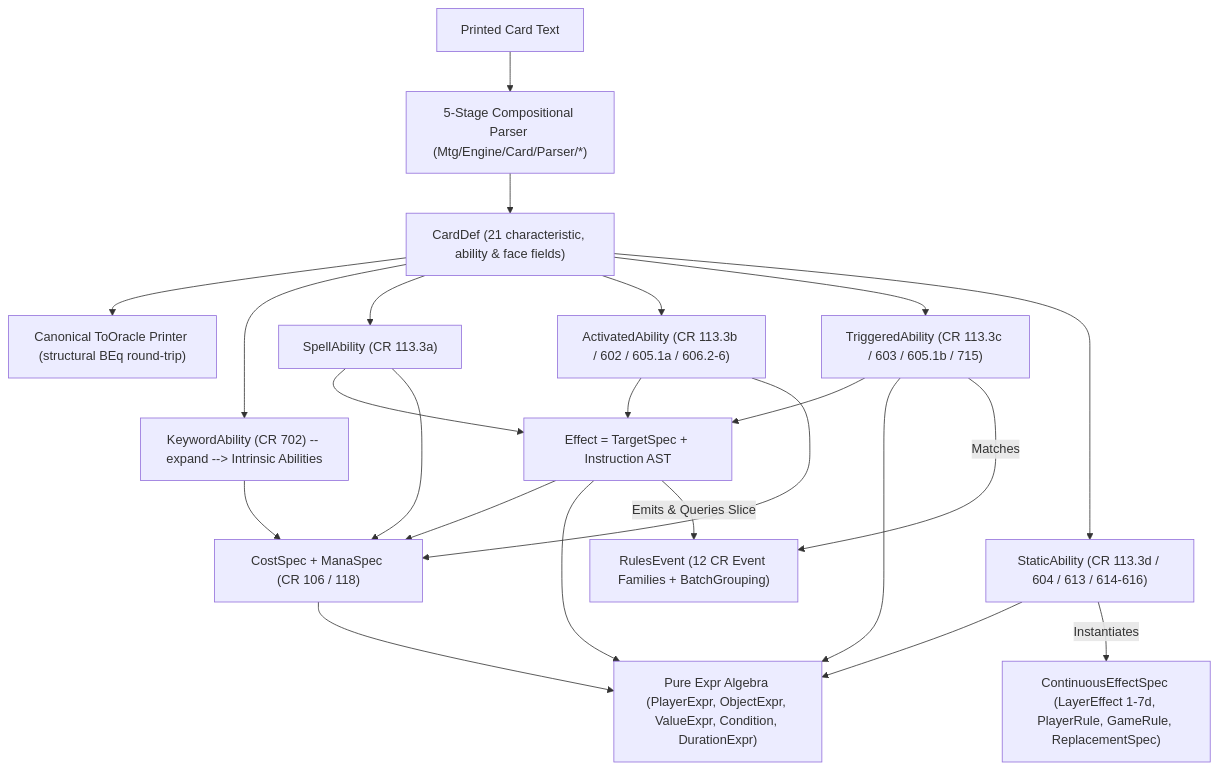
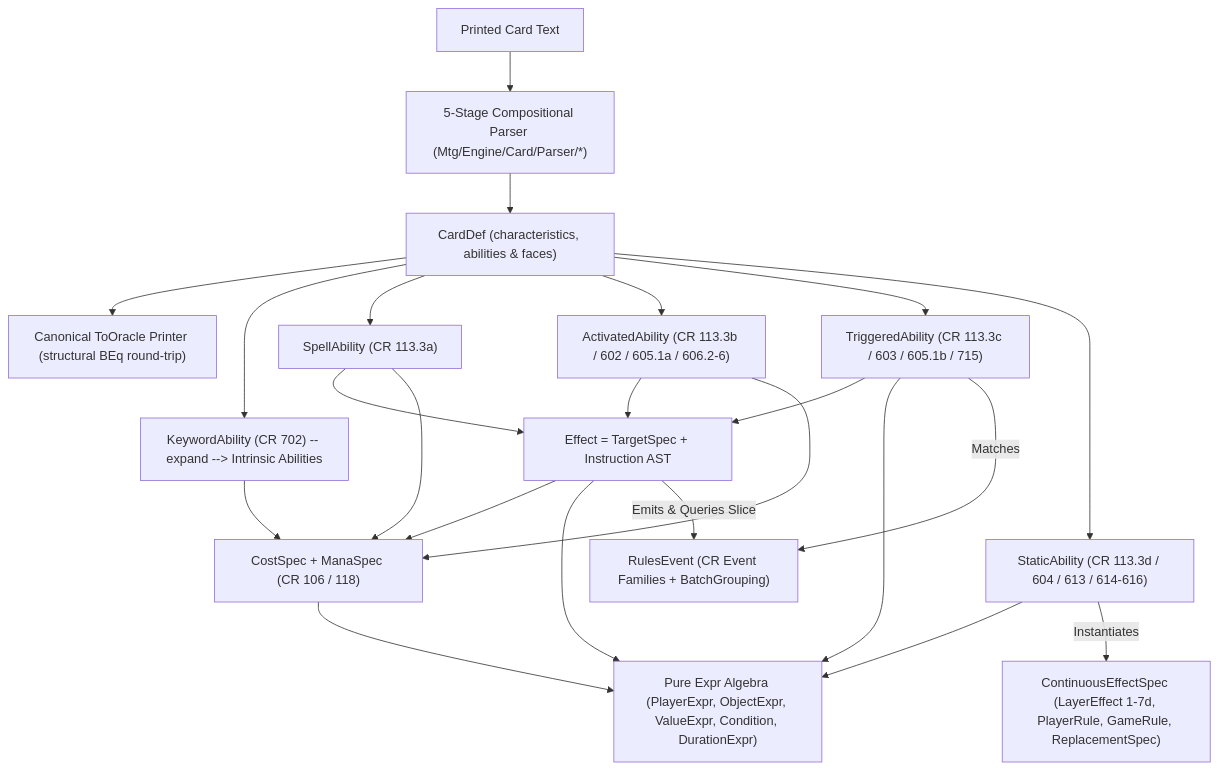
Before and after one commit to IharBury/mtg: the diagram in docs/architecture.md, drawn with Mermaid. The commit also changed other lines of this file and 5 other files, not shown here.

````diff
--- a/docs/architecture.md
+++ b/docs/architecture.md
@@ -18,17 +18,17 @@
 ```mermaid
 flowchart TD
     Oracle["Printed Card Text"] --> Parser["5-Stage Compositional Parser (Mtg/Engine/Card/Parser/*)"]
-    Parser --> CardDef["CardDef (21 characteristic, ability & face fields)"]
+    Parser --> CardDef["CardDef (characteristics, abilities & faces)"]
     CardDef --> ToOracle["Canonical ToOracle Printer (structural BEq round-trip)"]
     CardDef --> KW["KeywordAbility (CR 702) -- expand --> Intrinsic Abilities"]
     CardDef --> SA["SpellAbility (CR 113.3a)"]
     CardDef --> AA["ActivatedAbility (CR 113.3b / 602 / 605.1a / 606.2-6)"]
     CardDef --> TA["TriggeredAbility (CR 113.3c / 603 / 605.1b / 715)"]
     CardDef --> StA["StaticAbility (CR 113.3d / 604 / 613 / 614-616)"]
     SA & AA & TA --> Eff["Effect = TargetSpec + Instruction AST"]
     AA & KW & SA & Eff --> Cost["CostSpec + ManaSpec (CR 106 / 118)"]
     Eff & TA & StA & Cost --> Expr["Pure Expr Algebra (PlayerExpr, ObjectExpr, ValueExpr, Condition, DurationExpr)"]
     StA -->|Instantiates| CES["ContinuousEffectSpec (LayerEffect 1-7d, PlayerRule, GameRule, ReplacementSpec)"]
-    TA -->|Matches| RE["RulesEvent (12 CR Event Families + BatchGrouping)"]
+    TA -->|Matches| RE["RulesEvent (CR Event Families + BatchGrouping)"]
     Eff -->|Emits & Queries Slice| RE
 ```
````
